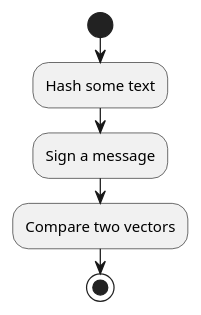
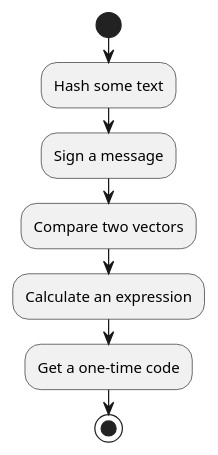
One commit to OutOfBandDevelopment/dotex changed the diagram in docs/example/user-guide/use-the-toolbox.md. Above: the diagram before and after it, drawn with PlantUML. The commit also changed other lines of this file and 24 other files, not shown here.

Commit message:
Add an expression calculator and one-time codes to the toolbox

````diff
--- a/docs/example/user-guide/use-the-toolbox.md
+++ b/docs/example/user-guide/use-the-toolbox.md
@@ -33,10 +33,12 @@
 ```plantuml
 @startuml
 skinparam shadowing false
 start
 :Hash some text;
 :Sign a message;
 :Compare two vectors;
+:Calculate an expression;
+:Get a one-time code;
 stop
 @enduml
 ```
````
